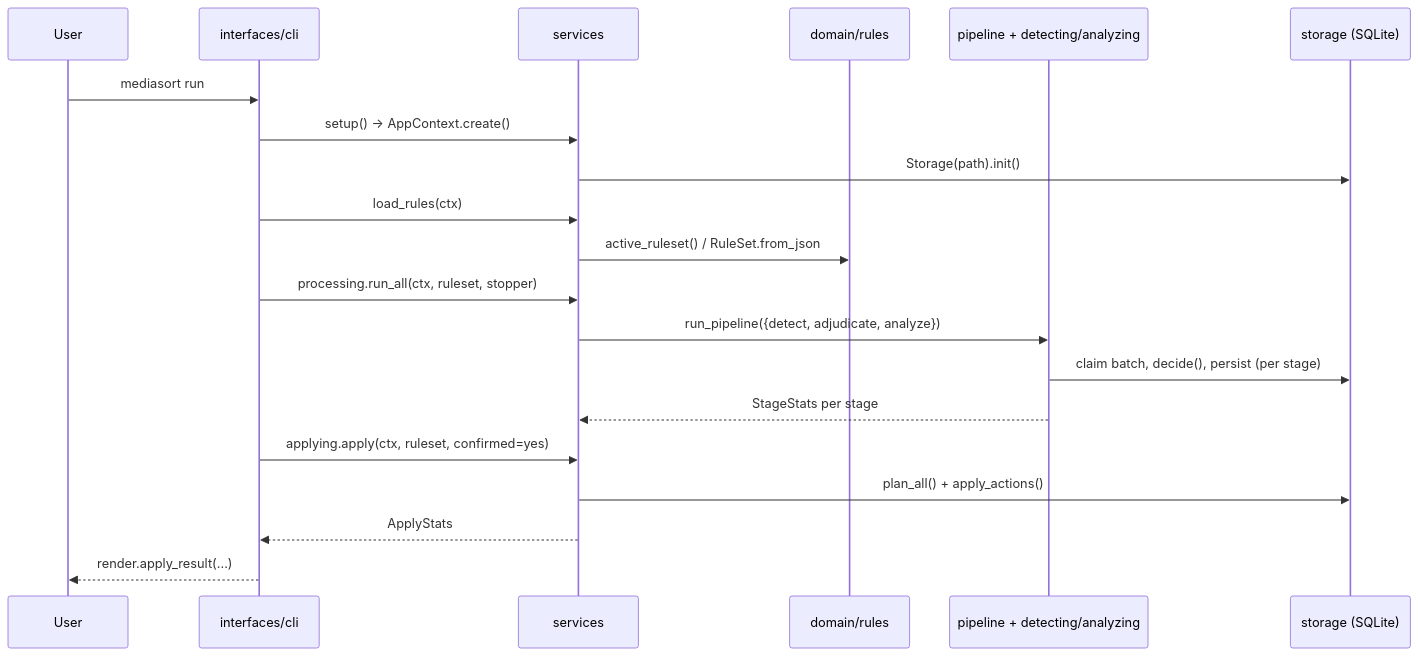
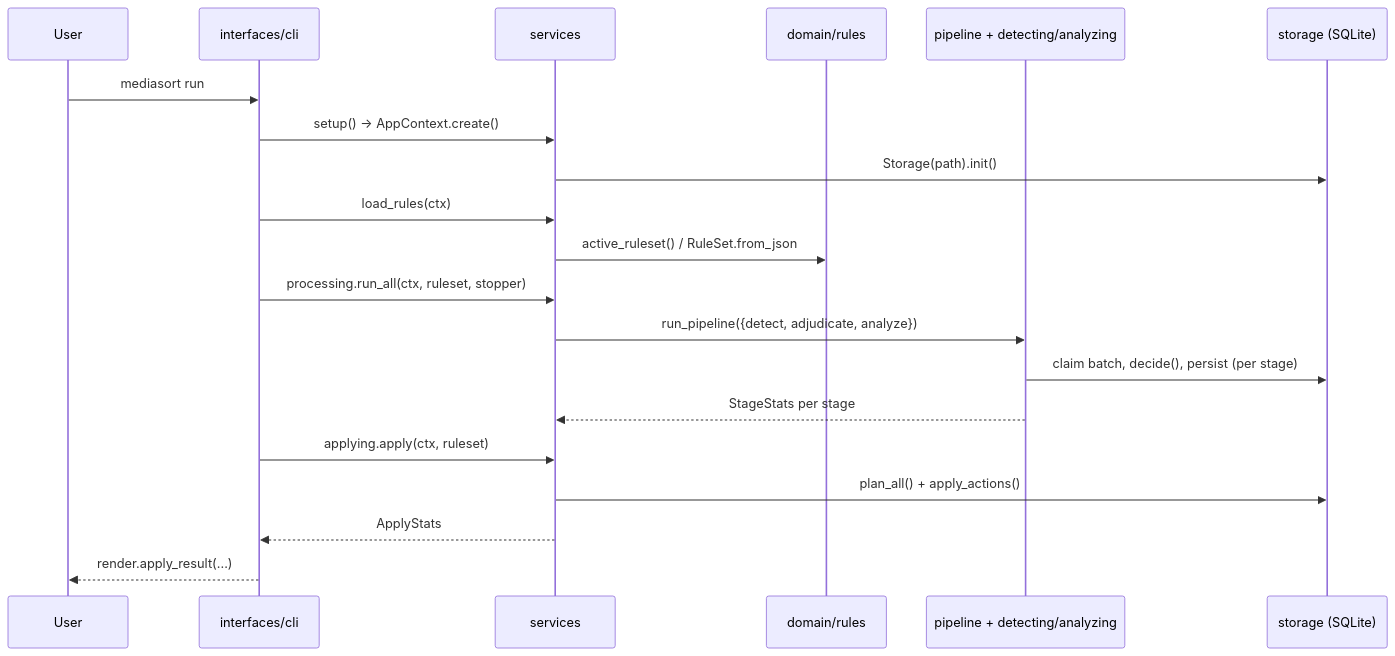
The second of 3 diagrams in docs/ARCHITECTURE.md (Guebbit/media-sorter), drawn with Mermaid before and after one commit. The commit also changed other lines of this file and 70 other files, not shown here.

````diff
--- a/docs/ARCHITECTURE.md
+++ b/docs/ARCHITECTURE.md
@@ -270,23 +293,23 @@
 ```mermaid
 sequenceDiagram
     participant User
     participant CLI as interfaces/cli
     participant Svc as services
     participant Rules as domain/rules
     participant Pipe as pipeline + detecting/analyzing
     participant DB as storage (SQLite)
 
     User->>CLI: mediasort run
     CLI->>Svc: setup() -> AppContext.create()
     Svc->>DB: Storage(path).init()
     CLI->>Svc: load_rules(ctx)
     Svc->>Rules: active_ruleset() / RuleSet.from_json
     CLI->>Svc: processing.run_all(ctx, ruleset, stopper)
     Svc->>Pipe: run_pipeline({detect, adjudicate, analyze})
     Pipe->>DB: claim batch, decide(), persist (per stage)
     Pipe-->>Svc: StageStats per stage
-    CLI->>Svc: applying.apply(ctx, ruleset, confirmed=yes)
+    CLI->>Svc: applying.apply(ctx, ruleset)
     Svc->>DB: plan_all() + apply_actions()
     Svc-->>CLI: ApplyStats
     CLI-->>User: render.apply_result(...)
 ```
````
